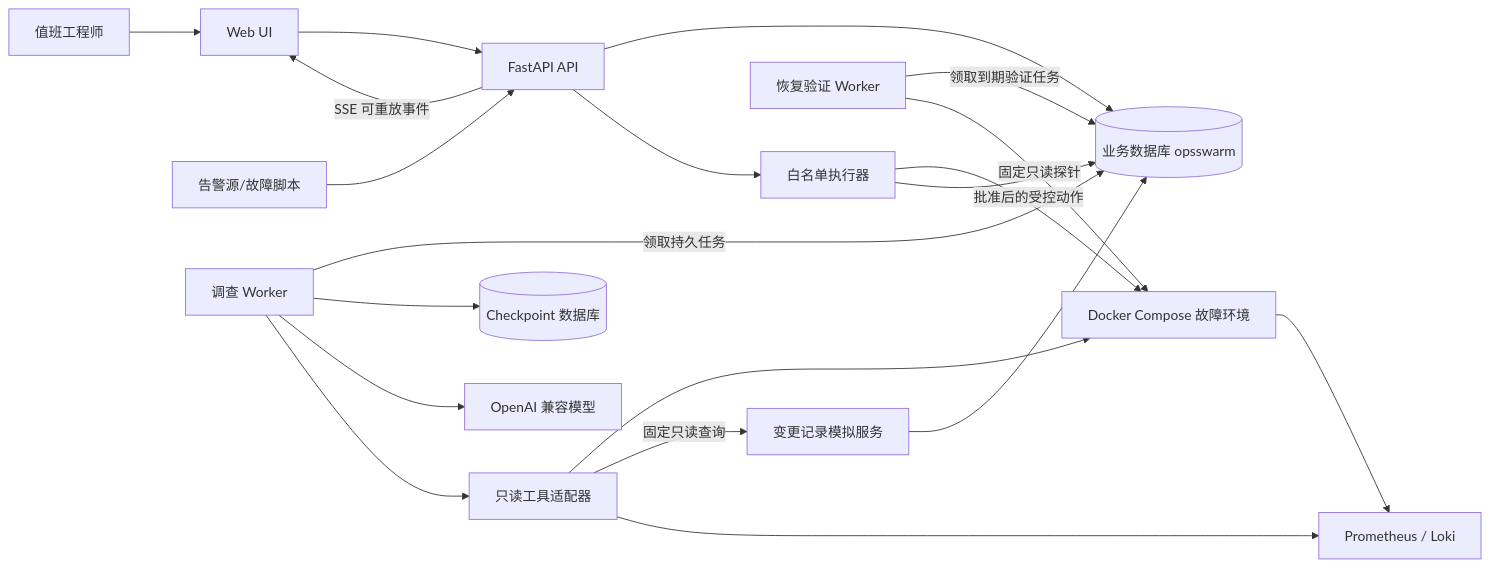
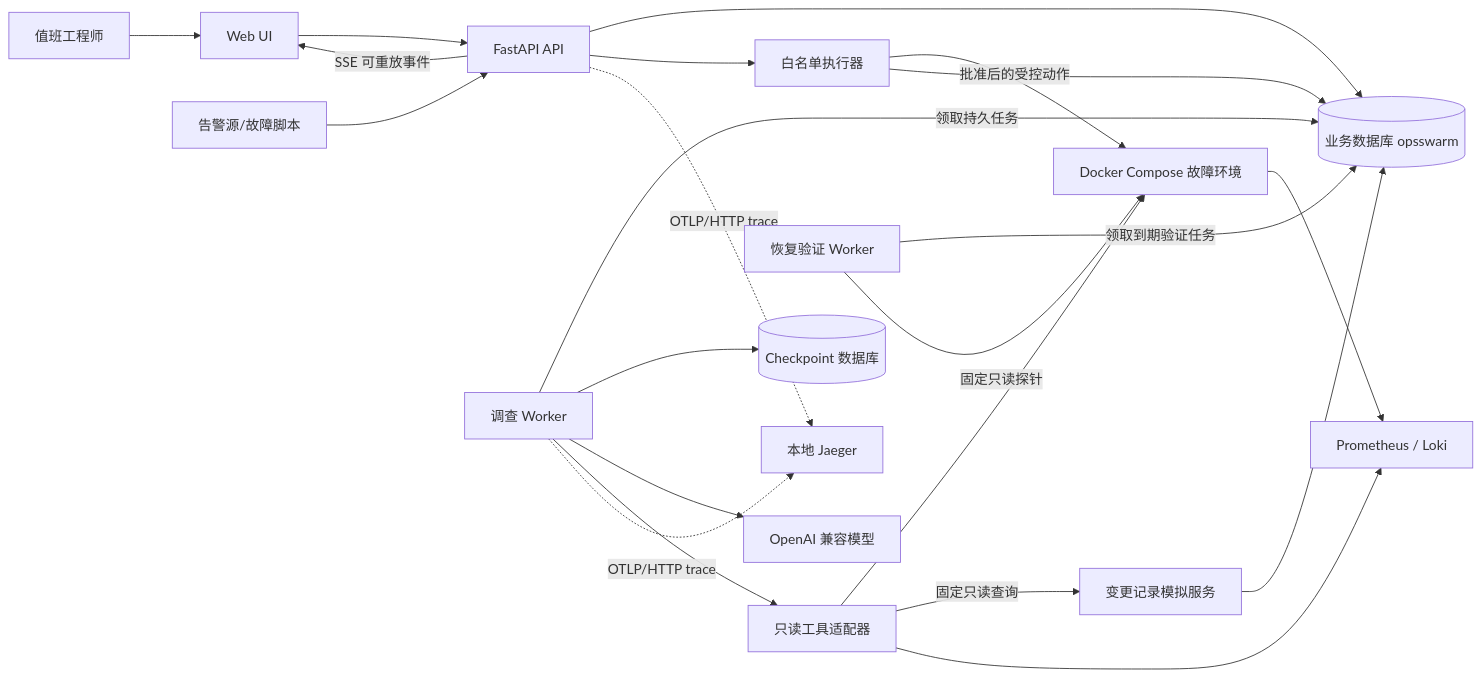
Before and after one commit to kill-t/ops-swarm: the first of 2 diagrams in docs/architecture/02-system-architecture.md, drawn with Mermaid. The commit also changed other lines of this file and 33 other files, not shown here.

````diff
--- a/docs/architecture/02-system-architecture.md
+++ b/docs/architecture/02-system-architecture.md
@@ -14,26 +14,29 @@
 ```mermaid
 flowchart LR
     operator[值班工程师] --> ui[Web UI]
     alert_source[告警源/故障脚本] --> api[FastAPI API]
     ui --> api
     api --> app_db[(业务数据库 opsswarm)]
     api -->|SSE 可重放事件| ui
 
     worker[调查 Worker] -->|领取持久任务| app_db
     worker --> checkpoint_db[(Checkpoint 数据库)]
     worker --> model[OpenAI 兼容模型]
     worker --> adapters[只读工具适配器]
     adapters --> lab[Docker Compose 故障环境]
     adapters -->|固定只读查询| change_service[变更记录模拟服务]
     change_service --> app_db
 
     verification_worker[恢复验证 Worker] -->|领取到期验证任务| app_db
     verification_worker -->|固定只读探针| lab
 
     api --> executor[白名单执行器]
     executor -->|批准后的受控动作| lab
     executor --> app_db
 
     lab --> telemetry[Prometheus / Loki]
     adapters --> telemetry
+
+    api -.OTLP/HTTP trace.-> jaeger[本地 Jaeger]
+    worker -.OTLP/HTTP trace.-> jaeger
 ```
````
